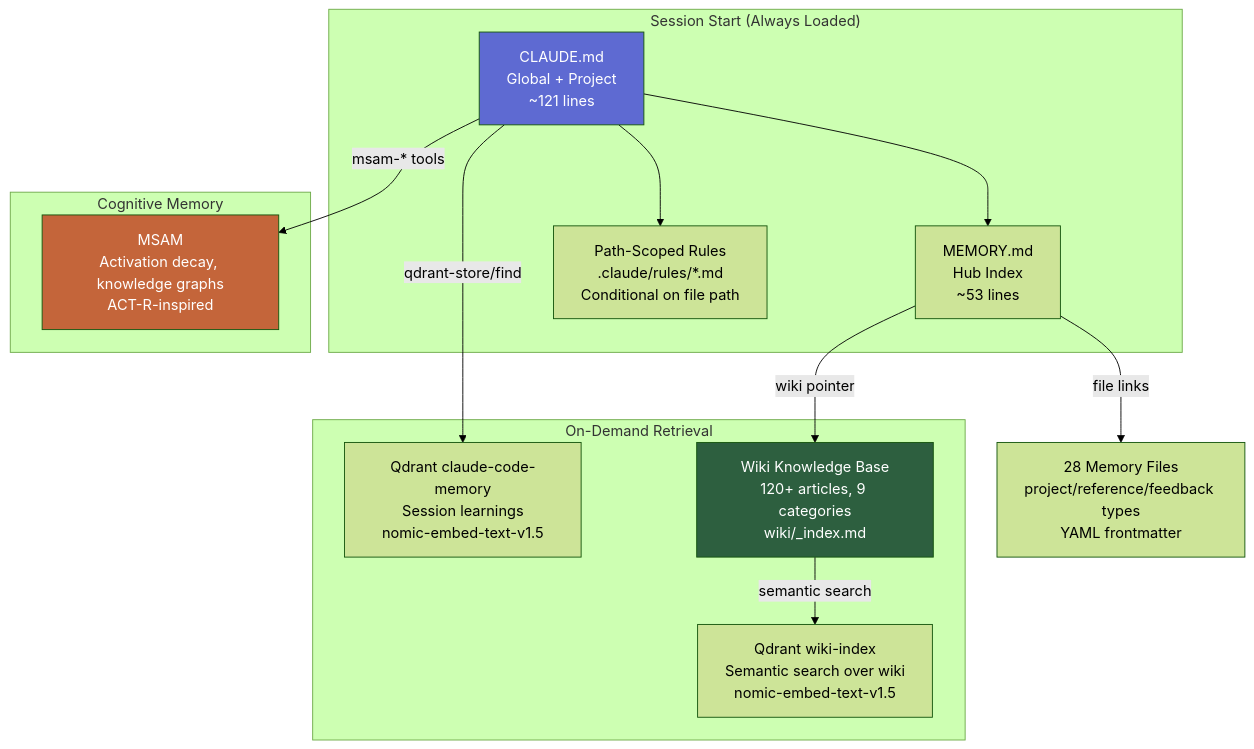
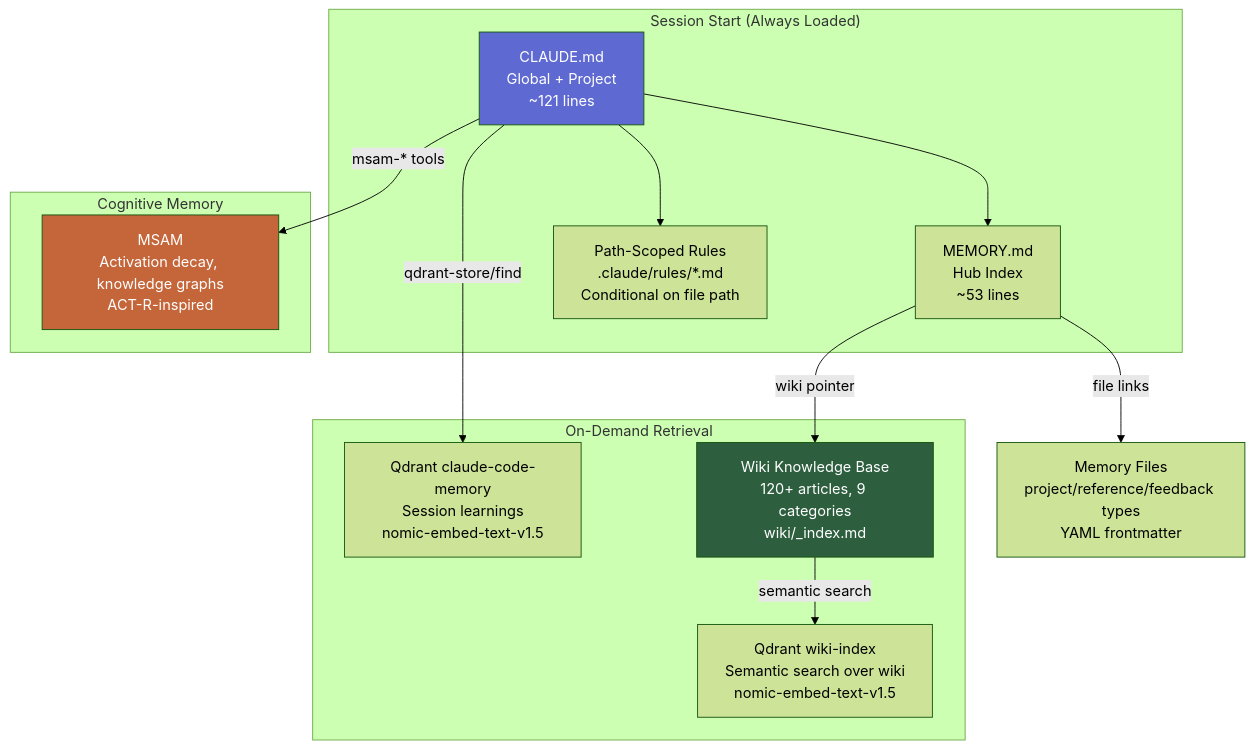
One commit to futhgar/agent-memory-architecture changed the diagram in docs/architecture.md. Above: the diagram before and after it, drawn with Mermaid (forest theme). The commit also changed 1 other file, not shown here.

Commit message:
docs: genericize diagram count and drop dated beta note

````diff
--- a/docs/architecture.md
+++ b/docs/architecture.md
@@ -7,27 +7,27 @@
 ```mermaid
 graph TB
     subgraph "Session Start (Always Loaded)"
         A[CLAUDE.md<br/>Global + Project<br/>~121 lines] --> B[MEMORY.md<br/>Hub Index<br/>~53 lines]
         A --> C[Path-Scoped Rules<br/>.claude/rules/*.md<br/>Conditional on file path]
     end
 
     subgraph "On-Demand Retrieval"
         D[Wiki Knowledge Base<br/>120+ articles, 9 categories<br/>wiki/_index.md]
         E[Qdrant wiki-index<br/>Semantic search over wiki<br/>nomic-embed-text-v1.5]
         F[Qdrant claude-code-memory<br/>Session learnings<br/>nomic-embed-text-v1.5]
     end
 
     subgraph "Cognitive Memory"
         G[MSAM<br/>Activation decay, knowledge graphs<br/>ACT-R-inspired]
     end
 
-    B -->|"file links"| J[28 Memory Files<br/>project/reference/feedback types<br/>YAML frontmatter]
+    B -->|"file links"| J[Memory Files<br/>project/reference/feedback types<br/>YAML frontmatter]
     B -->|"wiki pointer"| D
     D -->|"semantic search"| E
     A -->|"qdrant-store/find"| F
     A -->|"msam-* tools"| G
 
     style A fill:#5e6ad2,color:#fff
     style D fill:#2d5f3f,color:#fff
     style G fill:#c4653a,color:#fff
 ```
````
